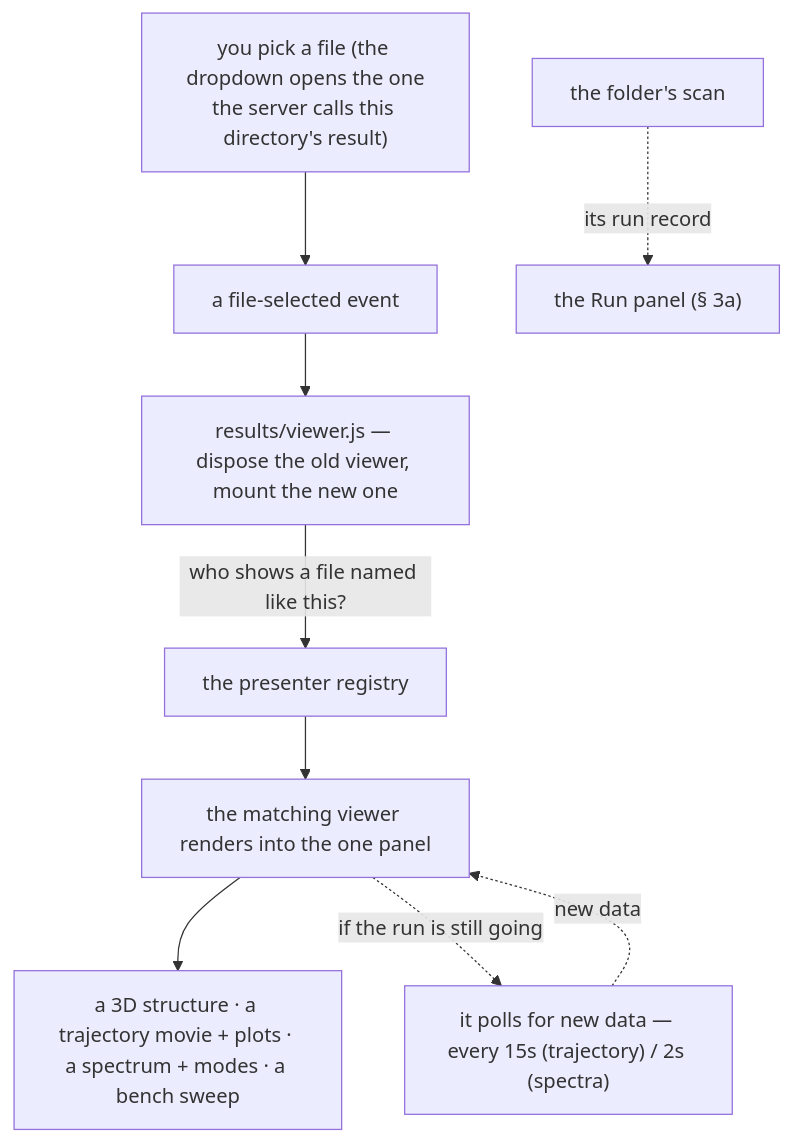
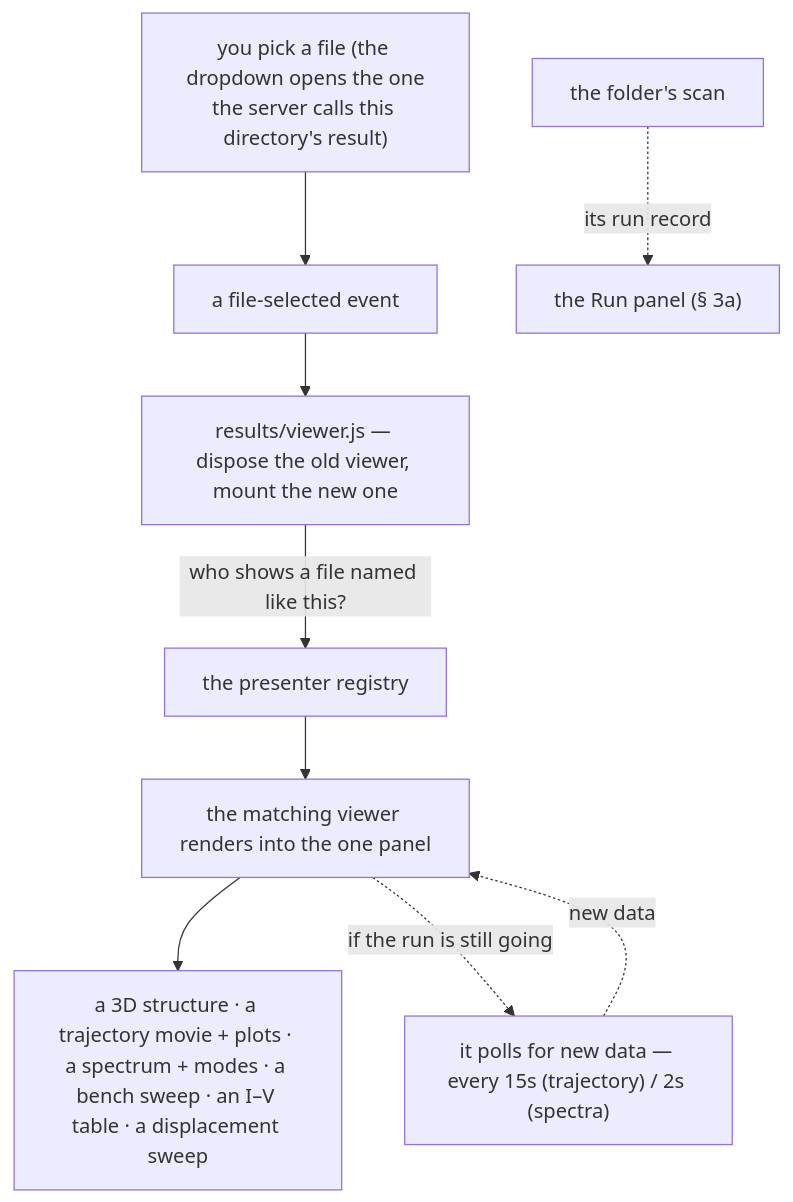
Before and after one commit to Qing-LAB/molbuilder: the second of 4 diagrams in docs/web/results.md, drawn with Mermaid. The commit also changed other lines of this file and 58 other files, not shown here.

````diff
--- a/docs/web/results.md
+++ b/docs/web/results.md
@@ -97,11 +98,11 @@
 ```mermaid
 flowchart TD
   U["you pick a file (the dropdown opens the one<br/>the server calls this directory's result)"] --> EV["a file-selected event"]
   SC["the folder's scan"] -. "its run record" .-> RP["the Run panel (§ 3a)"]
   EV --> CTRL["results/viewer.js — dispose the old viewer, mount the new one"]
   CTRL -->|"who shows a file named like this?"| REG["the presenter registry"]
   REG --> ENG["the matching viewer renders into the one panel"]
-  ENG --> S["a 3D structure · a trajectory movie + plots · a spectrum + modes · a bench sweep"]
+  ENG --> S["a 3D structure · a trajectory movie + plots · a spectrum + modes · a bench sweep · an I–V table · a displacement sweep"]
   ENG -. "if the run is still going" .-> POLL["it polls for new data — every 15s (trajectory) / 2s (spectra)"]
   POLL -. "new data" .-> ENG
 ```
````
